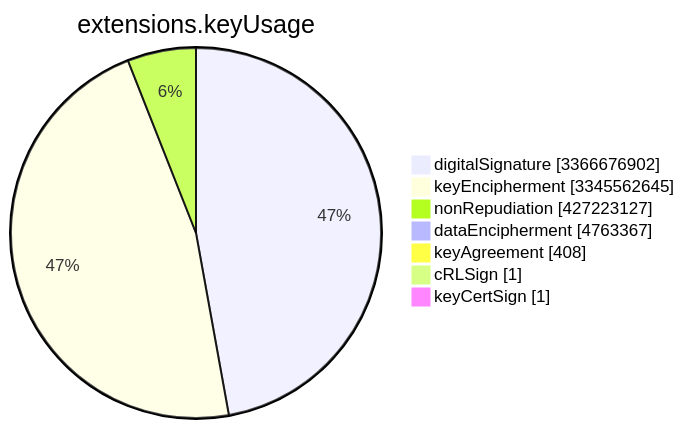
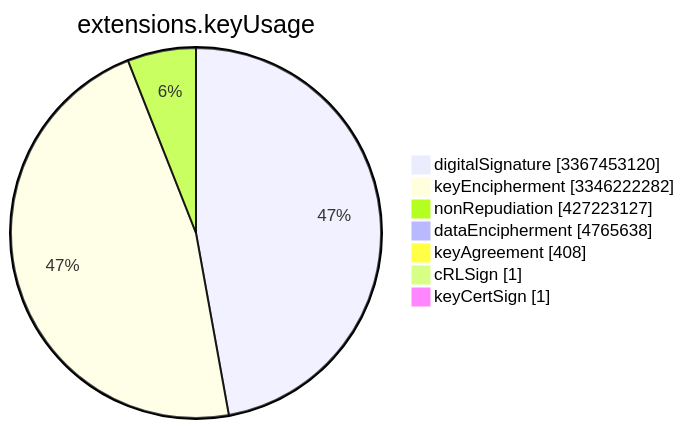
The sixth of 15 diagrams in TOTAL/README.md (christiankrug/ctmonitor_visualization), drawn with Mermaid before and after one commit. The commit also changed other lines of this file, not shown here.

````diff
--- a/TOTAL/README.md
+++ b/TOTAL/README.md
@@ -3079,11 +3079,11 @@
 ```mermaid
 pie showData
 title extensions.keyUsage
-"digitalSignature" :3366676902
-"keyEncipherment" :3345562645
+"digitalSignature" :3367453120
+"keyEncipherment" :3346222282
 "nonRepudiation" :427223127
-"dataEncipherment" :4763367
+"dataEncipherment" :4765638
 "keyAgreement" :408
 "cRLSign" :1
 "keyCertSign" :1
 ```
````
